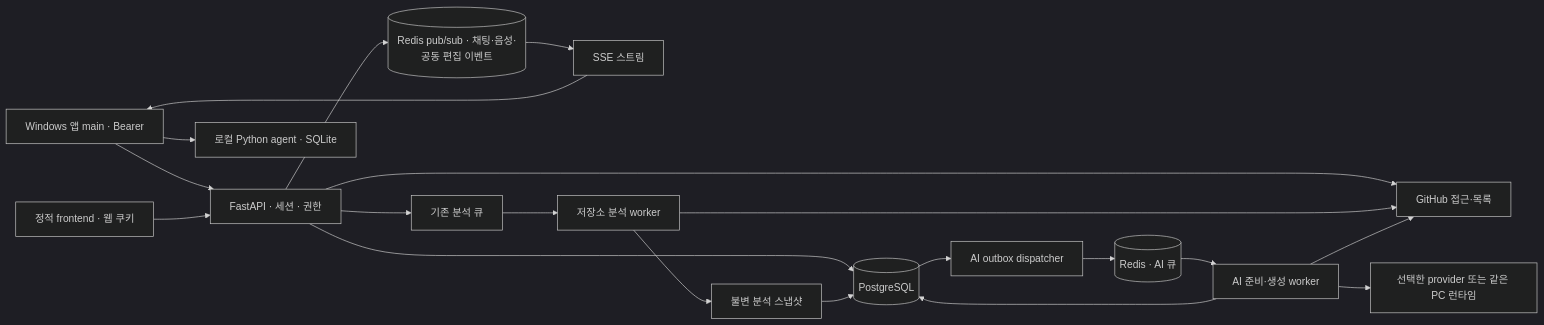
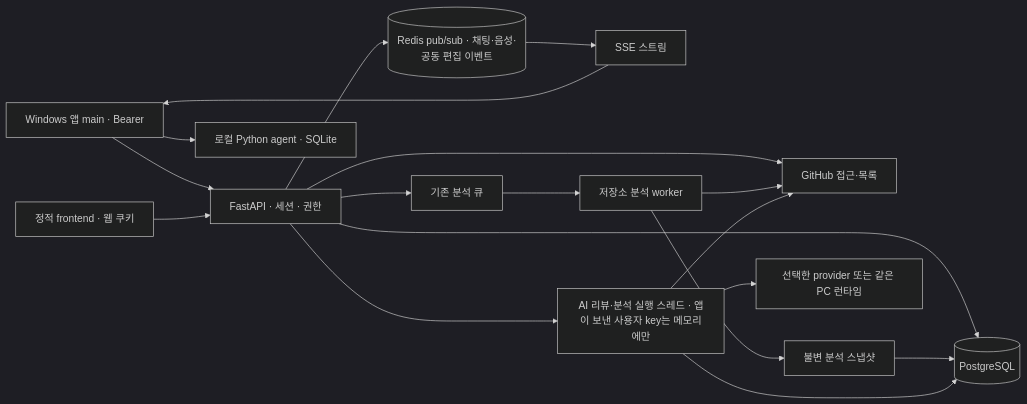
One commit to 2k-c-a/gitviz changed the diagram in docs/architecture/system.md. Above: the diagram before and after it, drawn with Mermaid (dark theme). The commit also changed other lines of this file and 16 other files, not shown here.

````diff
--- a/docs/architecture/system.md
+++ b/docs/architecture/system.md
@@ -7,22 +7,20 @@
 ```mermaid
 flowchart LR
   APP[Windows 앱 main · Bearer] --> API
   APP --> AG[로컬 Python agent · SQLite]
   UI[정적 frontend · 웹 쿠키] --> API[FastAPI · 세션 · 권한]
   API --> CB[(Redis pub/sub · 채팅·음성·공동 편집 이벤트)]
   CB --> SSE[SSE 스트림]
   SSE --> APP
   API --> DB[(PostgreSQL)]
   API --> GH[GitHub 접근·목록]
   API --> AQ[기존 분석 큐]
   AQ --> AW[저장소 분석 worker]
   AW --> GH
   AW --> SNAP[불변 분석 스냅샷]
   SNAP --> DB
-  DB --> D[AI outbox dispatcher]
-  D --> R[(Redis · AI 큐)]
-  R --> W[AI 준비·생성 worker]
+  API --> W[AI 리뷰·분석 실행 스레드 · 앱이 보낸 사용자 key는 메모리에만]
   W --> GH
   W --> P[선택한 provider 또는 같은 PC 런타임]
   W --> DB
 ```
````
